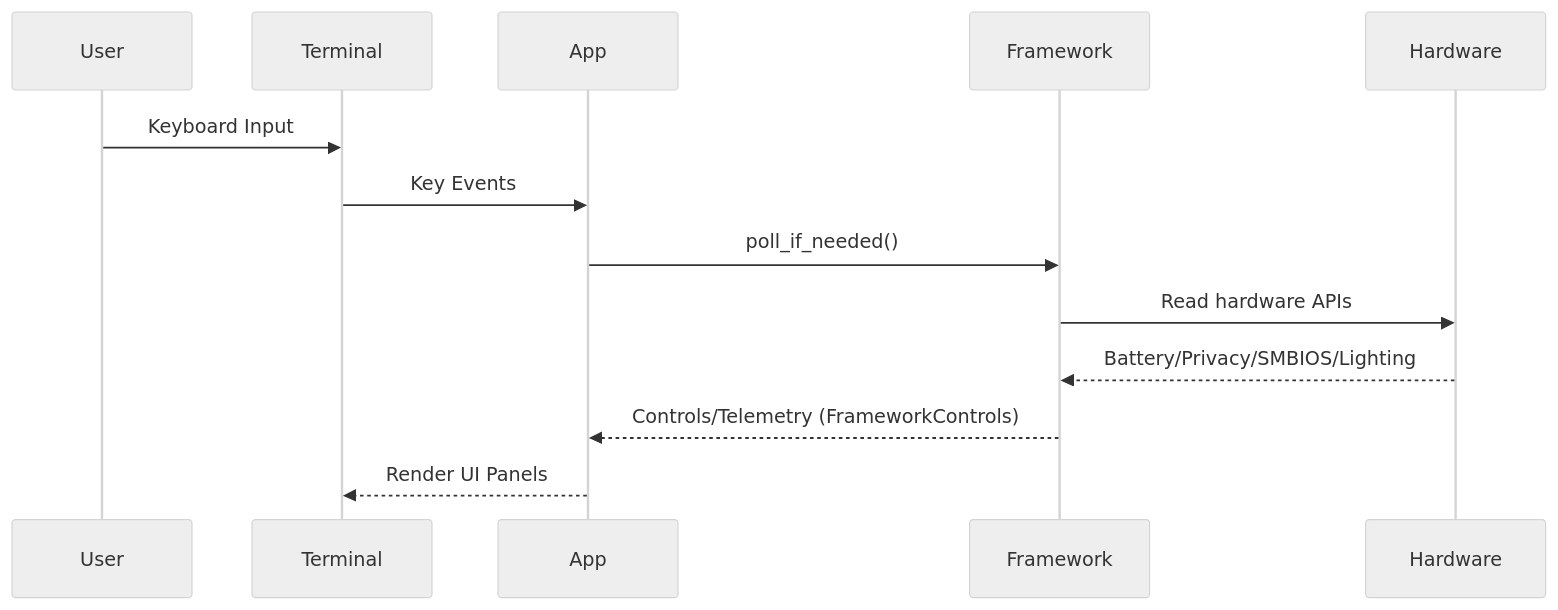
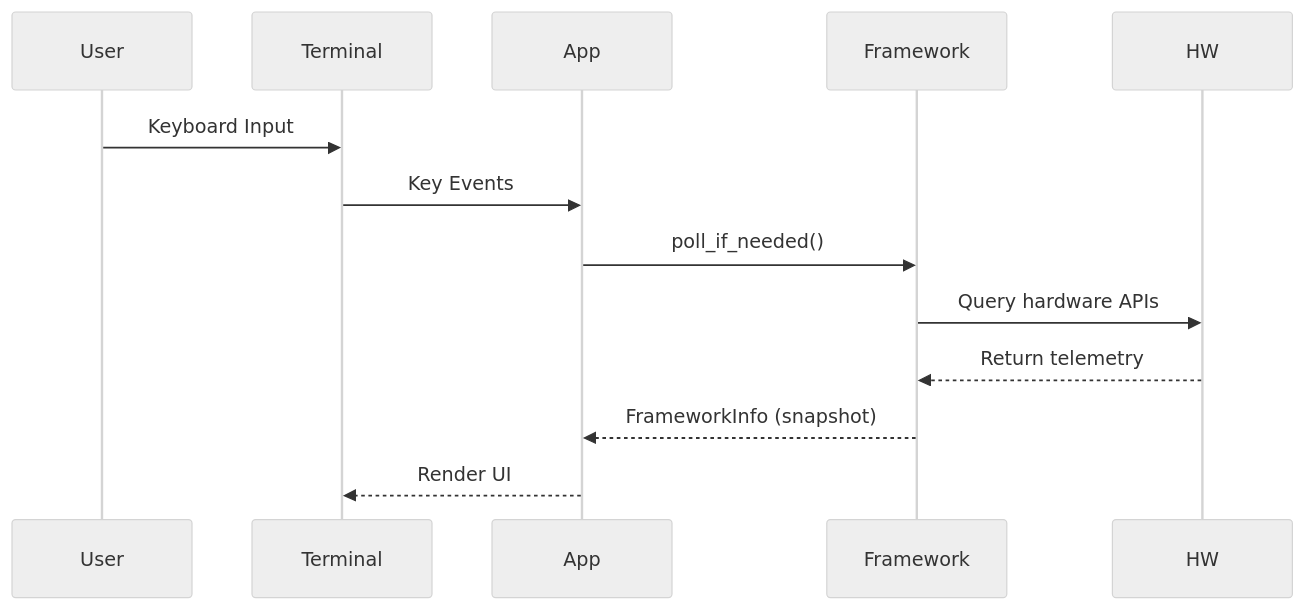
One commit to grouzen/framework-tool-tui changed the second of 2 diagrams in docs/ARCHITECTURE.md. Above: the diagram before and after it, drawn with Mermaid (neutral theme). The commit also changed other lines of this file and 3 other files, not shown here.

````diff
--- a/docs/ARCHITECTURE.md
+++ b/docs/ARCHITECTURE.md
@@ -33,15 +59,15 @@
 ```mermaid
 sequenceDiagram
     participant User
     participant Terminal
     participant App
     participant Framework
-    participant Hardware
+    participant HW
     User->>Terminal: Keyboard Input
     Terminal->>App: Key Events
     App->>Framework: poll_if_needed()
-    Framework->>Hardware: Read hardware APIs
-    Hardware-->>Framework: Battery/Privacy/SMBIOS/Lighting
-    Framework-->>App: Controls/Telemetry (FrameworkControls)
-    App-->>Terminal: Render UI Panels
+    Framework->>HW: Query hardware APIs
+    HW-->>Framework: Return telemetry
+    Framework-->>App: FrameworkInfo (snapshot)
+    App-->>Terminal: Render UI
 ```
````
